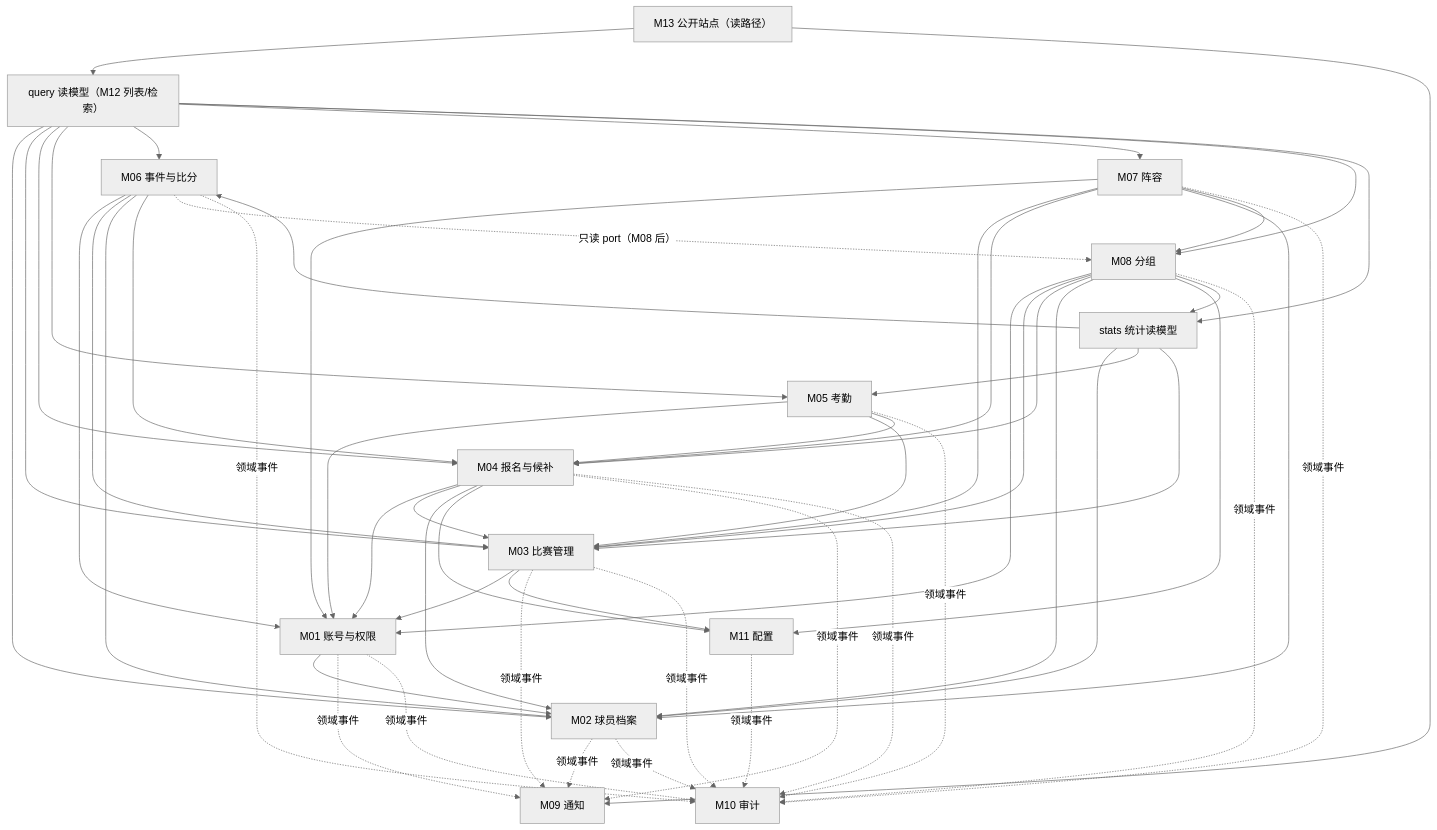
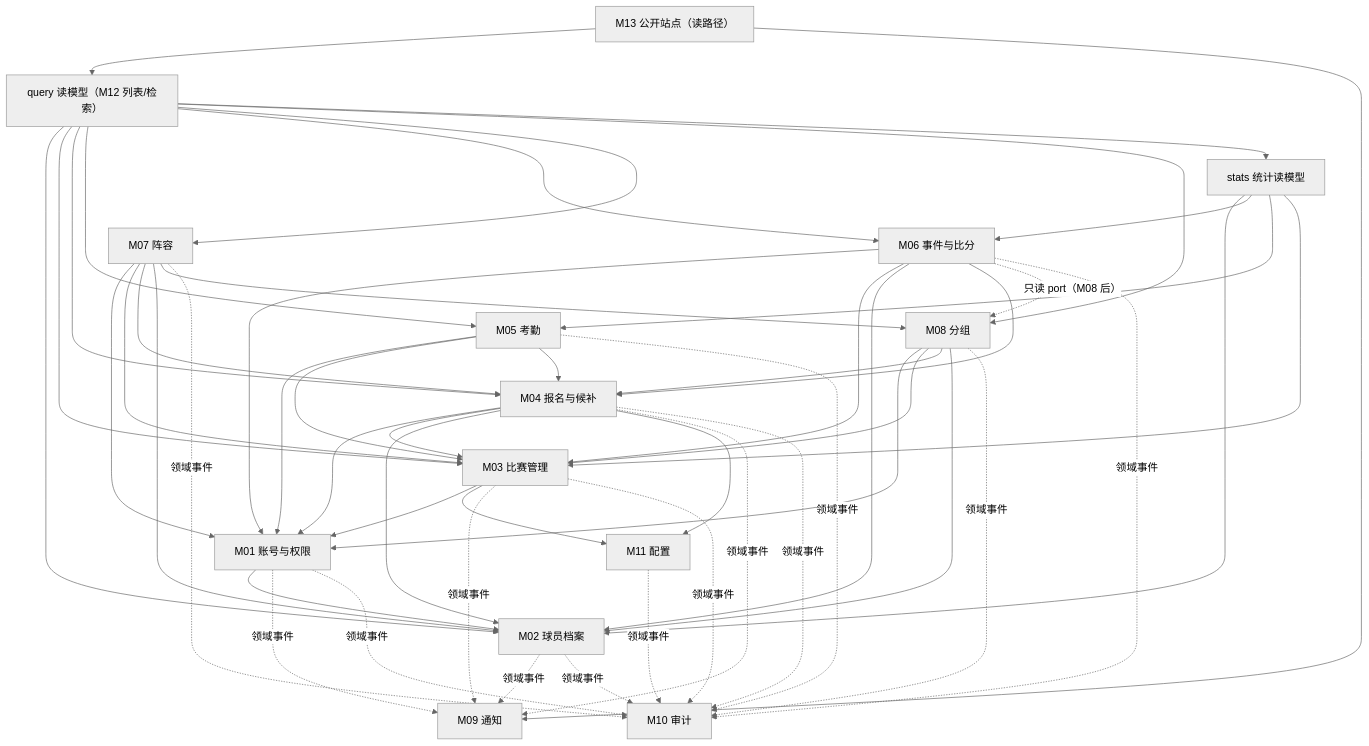
Before and after one commit to zhouyacheng/yunhefc: the second of 7 diagrams in docs/design/03.整体架构设计.md, drawn with Mermaid (neutral theme). The commit also changed other lines of this file and 58 other files, not shown here.

````diff
--- a/docs/design/03.整体架构设计.md
+++ b/docs/design/03.整体架构设计.md
@@ -169,75 +169,73 @@
 ```mermaid
 flowchart TD
   Auth["M01 账号与权限"]
   Player["M02 球员档案"]
   Match["M03 比赛管理"]
   Reg["M04 报名与候补"]
   Att["M05 考勤"]
   Event["M06 事件与比分"]
   Lineup["M07 阵容"]
   Grouping["M08 分组"]
   Notify["M09 通知"]
   Audit["M10 审计"]
   Config["M11 配置"]
   Stats["stats 统计读模型"]
   Query["query 读模型（M12 列表/检索）"]
   Web["M13 公开站点（读路径）"]
 
   Auth --> Player
 
   Match --> Auth
   Reg --> Auth
   Att --> Auth
   Event --> Auth
   Lineup --> Auth
   Grouping --> Auth
 
   Reg --> Match
   Reg --> Player
   Reg --> Config
   Match --> Config
   Att --> Match
   Att --> Reg
   Event --> Match
   Event --> Player
   Event --> Reg
   Event -.->|只读 port（M08 后）| Grouping
   Lineup --> Match
   Lineup --> Reg
   Lineup --> Player
   Lineup --> Grouping
   Grouping --> Match
   Grouping --> Reg
   Grouping --> Player
-  Grouping --> Config
-  Grouping --> Stats
 
   Stats --> Player
   Stats --> Event
   Stats --> Att
   Stats --> Match
   Query --> Player
   Query --> Match
   Query --> Reg
   Query --> Att
   Query --> Event
   Query --> Lineup
   Query --> Grouping
   Query --> Stats
   Web --> Query
   Web --> Notify
 
   Auth -.->|领域事件| Notify
   Player -.->|领域事件| Notify
   Match -.->|领域事件| Notify
   Reg -.->|领域事件| Notify
   Auth -.->|领域事件| Audit
   Player -.->|领域事件| Audit
   Match -.->|领域事件| Audit
   Reg -.->|领域事件| Audit
   Att -.->|领域事件| Audit
   Event -.->|领域事件| Audit
   Lineup -.->|领域事件| Audit
   Grouping -.->|领域事件| Audit
   Config -.->|领域事件| Audit
 ```
````
